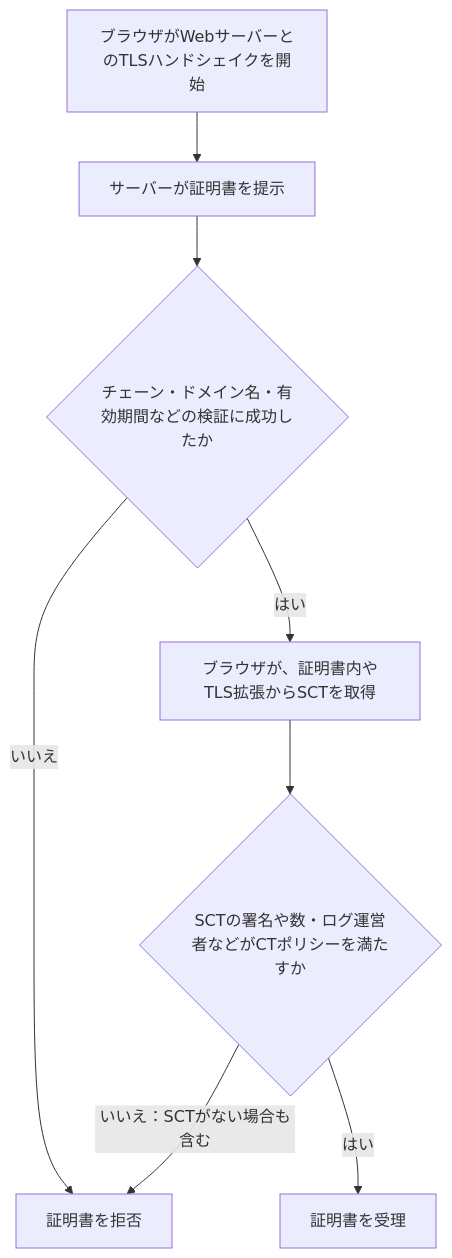
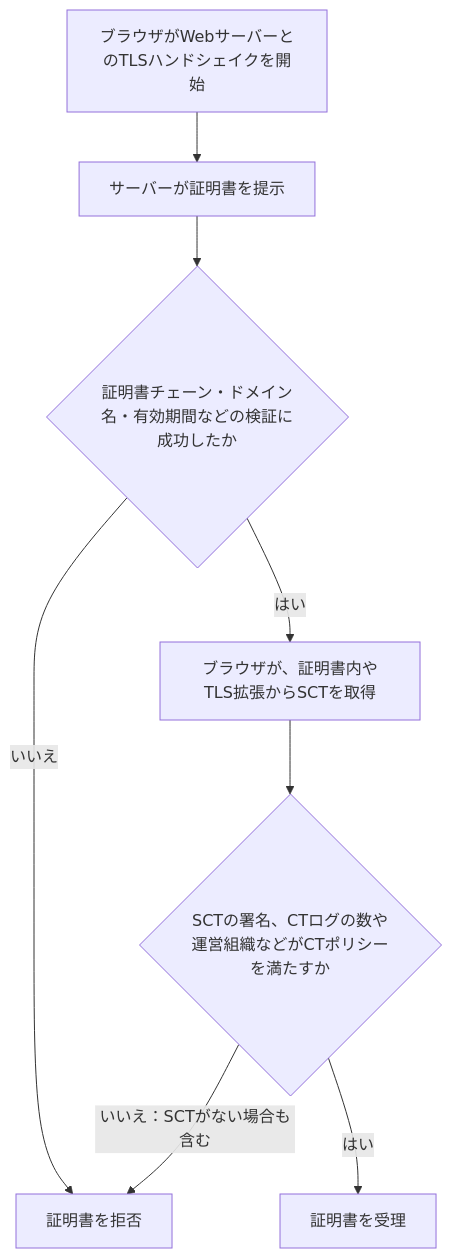
The sixth of 10 diagrams in docs/security/20261113-tls-pki-emudhra.md (aurora1530/learning-materials), drawn with Mermaid before and after one commit. The commit also changed other lines of this file, not shown here.

````diff
--- a/docs/security/20261113-tls-pki-emudhra.md
+++ b/docs/security/20261113-tls-pki-emudhra.md
@@ -201,10 +196,10 @@
 ```mermaid
 flowchart TD
     A["ブラウザがWebサーバーとのTLSハンドシェイクを開始"] --> B["サーバーが証明書を提示"]
-    B --> C{"チェーン・ドメイン名・有効期間などの検証に成功したか"}
+    B --> C{"証明書チェーン・ドメイン名・有効期間などの検証に成功したか"}
     C -->|いいえ| R["証明書を拒否"]
     C -->|はい| D["ブラウザが、証明書内やTLS拡張からSCTを取得"]
-    D --> E{"SCTの署名や数・ログ運営者などがCTポリシーを満たすか"}
+    D --> E{"SCTの署名、CTログの数や運営組織などがCTポリシーを満たすか"}
     E -->|いいえ：SCTがない場合も含む| R
     E -->|はい| F["証明書を受理"]
 ```
````
